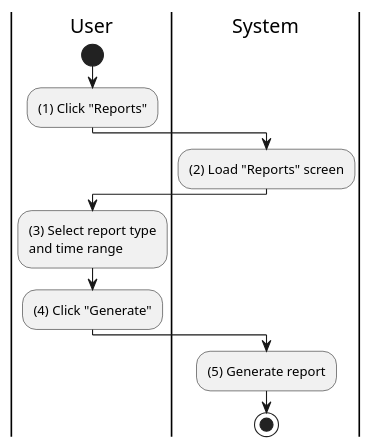
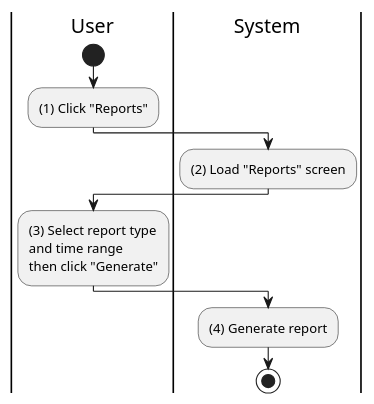
One commit to phihungha/scmss-reqs changed the diagram in activities/report-generate.plantuml. Above: the diagram before and after it, drawn with PlantUML. The commit also changed 1 other file, not shown here.

Commit message:
Remove unnecessary report step

```diff
--- a/activities/report-generate.plantuml
+++ b/activities/report-generate.plantuml
@@ -1,19 +1,18 @@
 @startuml report-generate
 |u|User
 |s|System
 
 |u|
 start
 :(1) Click "Reports";
 
 |s|
 :(2) Load "Reports" screen;
 
 |u|
-:(3) Select report type\nand time range;
-:(4) Click "Generate";
+:(3) Select report type\nand time range\nthen click "Generate";
 
 |s|
-:(5) Generate report;
+:(4) Generate report;
 stop
 @enduml
```
